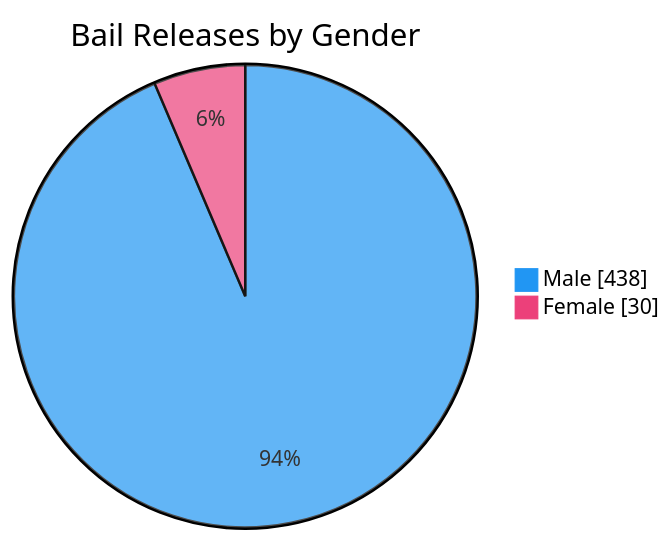
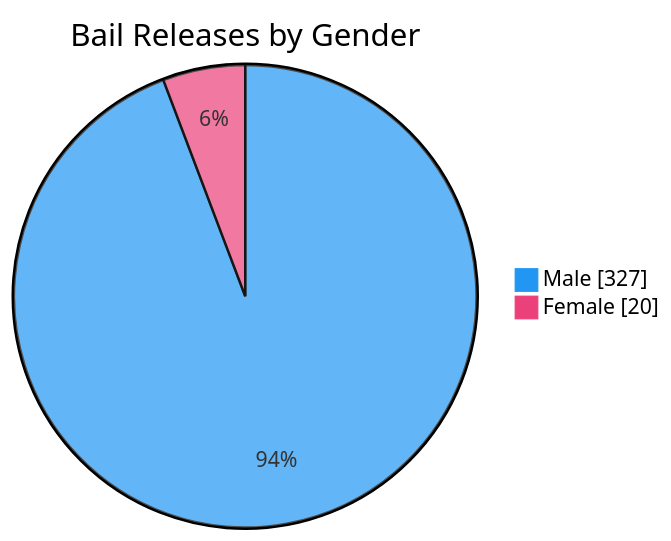
The seventh of 7 diagrams in README.md (nuuuwan/lk_prisons), drawn with Mermaid before and after one commit. The commit also changed other lines of this file and 1 other file, not shown here.

````diff
--- a/README.md
+++ b/README.md
@@ -109,6 +109,6 @@
 ```mermaid
 %%{init: {'themeVariables': {'pie1': '#2196F3', 'pie2': '#EC407A'}}}%%
 pie showData title Bail Releases by Gender
-    "Male" : 438
-    "Female" : 30
+    "Male" : 327
+    "Female" : 20
 ```
````
